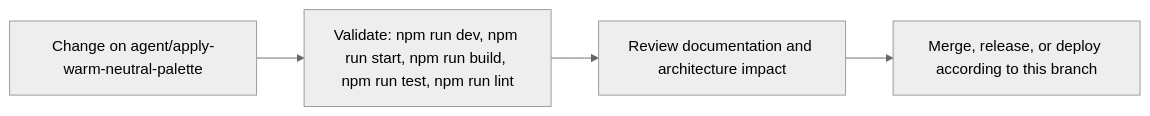
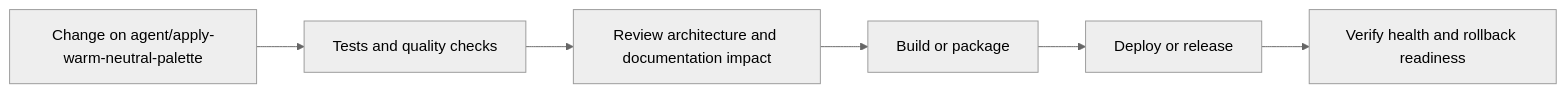
Before and after one commit to Nischhalsubba/BindForge-NW: the fifth of 6 diagrams in README.md, drawn with Mermaid (neutral theme). The commit also changed other lines of this file, not shown here.

Commit message:
docs: apply designer README standard

````diff
--- a/README.md
+++ b/README.md
@@ -87,8 +183,8 @@
 ```mermaid
 flowchart LR
-    CHANGE["Change on agent/apply-warm-neutral-palette"]
-    CHECK["Validate: npm run dev, npm run start, npm run build, npm run test, npm run lint"]
-    REVIEW["Review documentation and architecture impact"]
-    RELEASE["Merge, release, or deploy according to this branch"]
-    CHANGE --> CHECK --> REVIEW --> RELEASE
+    CHANGE["Change on agent/apply-warm-neutral-palette"] --> CHECK["Tests and quality checks"]
+    CHECK --> REVIEW["Review architecture and documentation impact"]
+    REVIEW --> BUILD["Build or package"]
+    BUILD --> DEPLOY["Deploy or release"]
+    DEPLOY --> VERIFY["Verify health and rollback readiness"]
 ```
````
